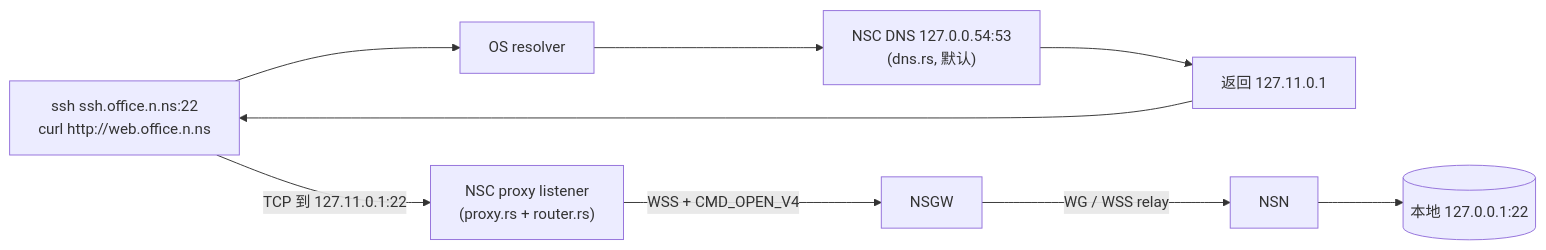
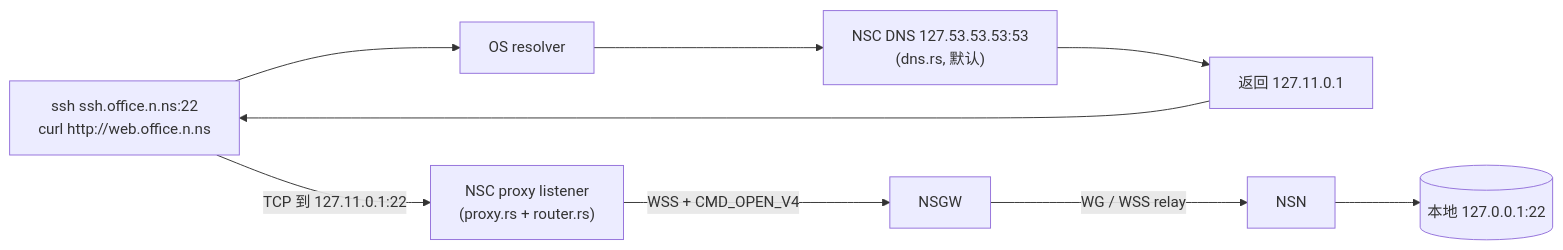
Before and after one commit to nsiod/docs: the diagram in docs/06-nsc-client/index.md, drawn with Mermaid. The commit also changed other lines of this file and 8 other files, not shown here.

First line of the commit message:
docs(nsc): use mnemonic 127.53.53.53:53 as DNS default

````diff
--- a/docs/06-nsc-client/index.md
+++ b/docs/06-nsc-client/index.md
@@ -47,11 +47,11 @@
 ```mermaid
 flowchart LR
   APP["ssh ssh.office.n.ns:22<br/>curl http://web.office.n.ns"] --> OS[OS resolver]
-  OS --> DNS["NSC DNS 127.0.0.54:53<br/>(dns.rs, 默认)"]
+  OS --> DNS["NSC DNS 127.53.53.53:53<br/>(dns.rs, 默认)"]
   DNS --> VIP["返回 127.11.0.1"]
   VIP --> APP
   APP -- "TCP 到 127.11.0.1:22" --> LST["NSC proxy listener<br/>(proxy.rs + router.rs)"]
   LST -- "WSS + CMD_OPEN_V4" --> GW[NSGW]
   GW -- "WG / WSS relay" --> NSN[NSN]
   NSN --> SVC[("本地 127.0.0.1:22")]
 ```
````
